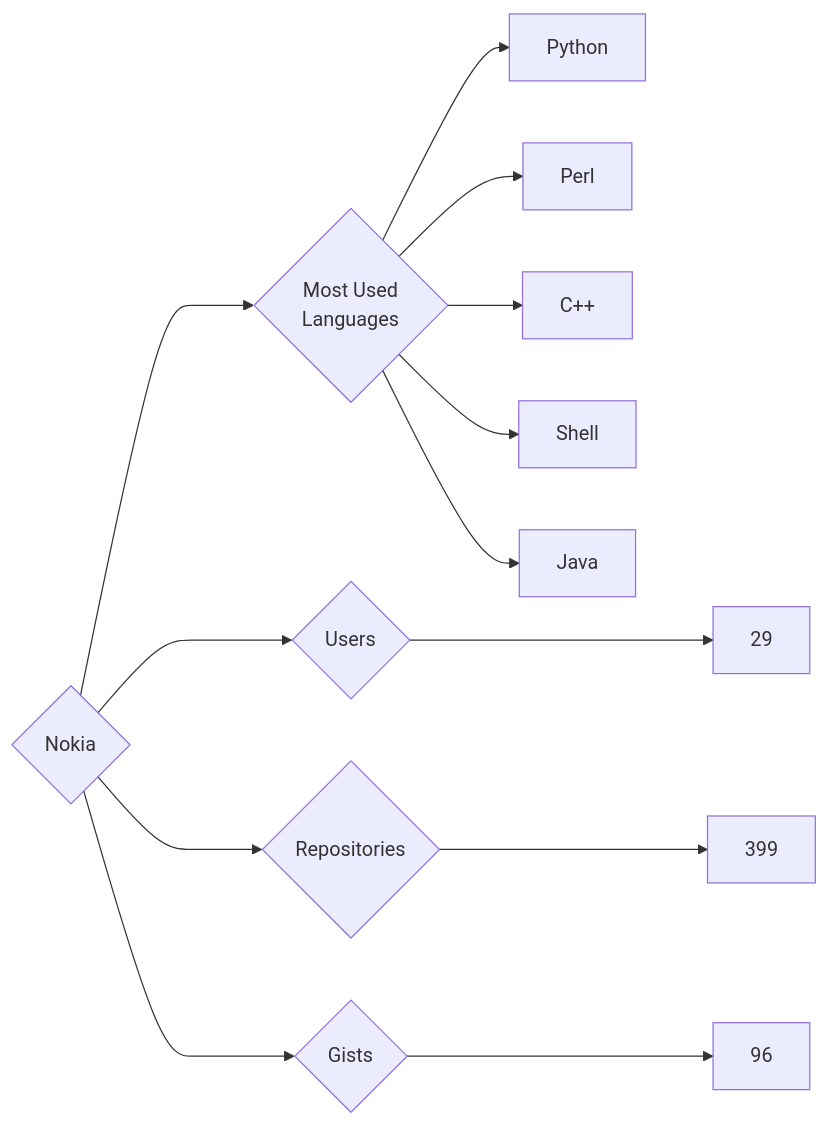
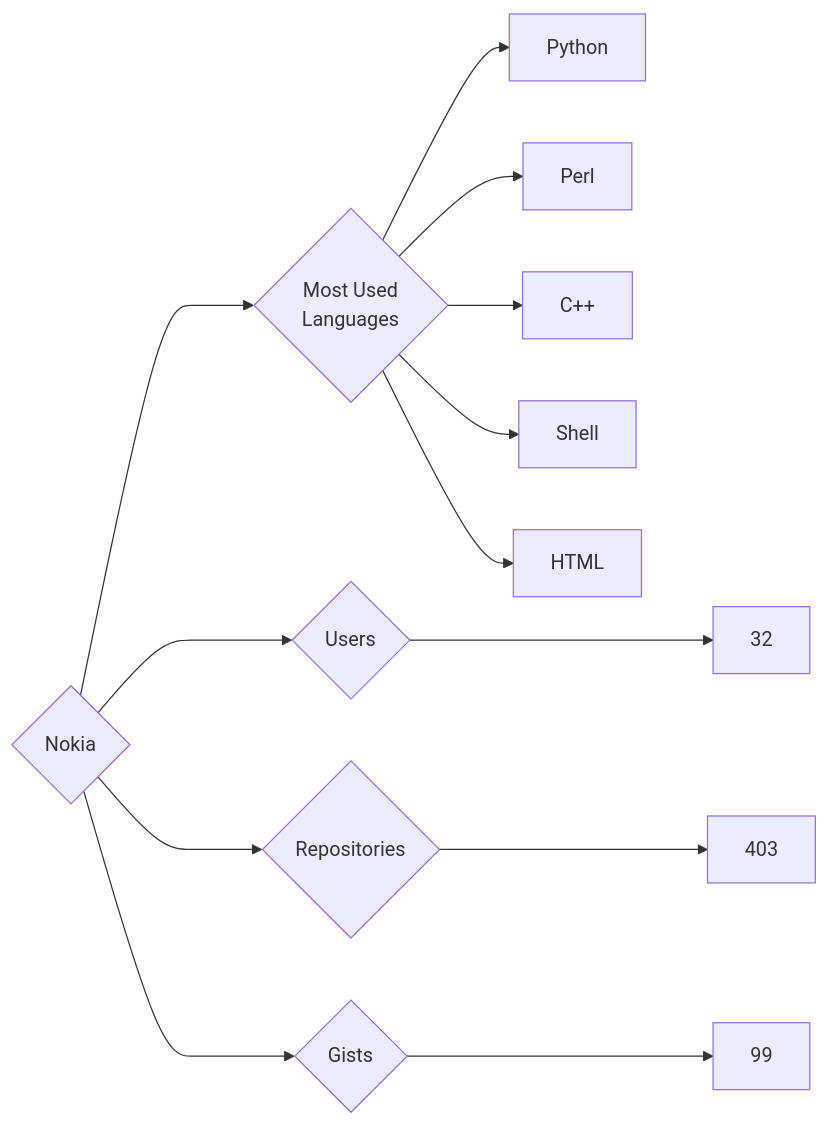
One commit to trickest/insiders changed the diagram in targets/Nokia/README.md. Above: the diagram before and after it, drawn with Mermaid. The commit also changed 898 other files, not shown here.

````diff
--- a/targets/Nokia/README.md
+++ b/targets/Nokia/README.md
@@ -3,13 +3,13 @@
 ```mermaid
 graph LR
 COMPANY_NAME{Nokia}
-COMPANY_NAME ---> U{Users} ---> UN[29]
-COMPANY_NAME ---> R{Repositories} ---> RN[399]
-COMPANY_NAME ---> G{Gists} ---> GN[96]
+COMPANY_NAME ---> U{Users} ---> UN[32]
+COMPANY_NAME ---> R{Repositories} ---> RN[403]
+COMPANY_NAME ---> G{Gists} ---> GN[99]
 COMPANY_NAME ---> ML{Most Used<br>Languages}
 ML --> Python[Python]
 ML --> Perl[Perl]
 ML --> C++[C++]
 ML --> Shell[Shell]
-ML --> Java[Java]
+ML --> HTML[HTML]
 ```
````
